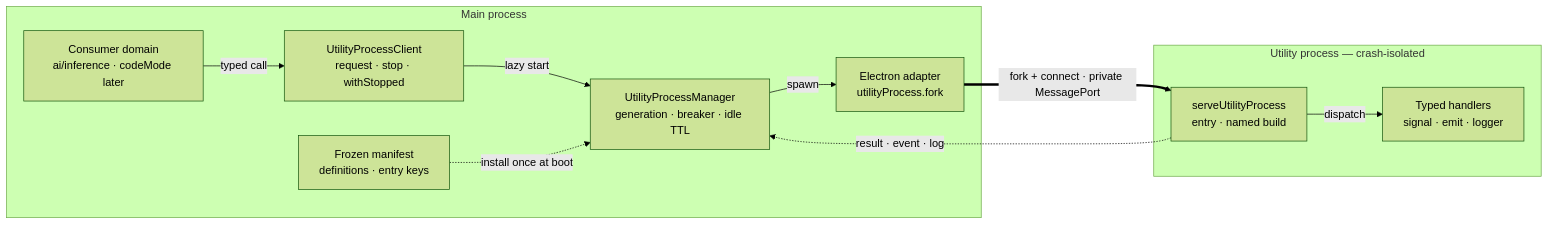
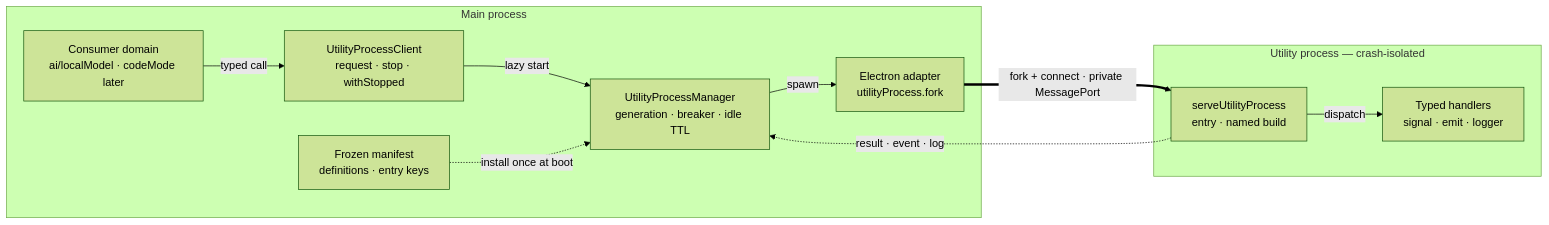
The diagram in docs/references/architecture/utility-process-rfc.md (CherryHQ/cherry-studio), drawn with Mermaid (forest theme) before and after one commit. The commit also changed other lines of this file, not shown here.

First line of the commit message:
docs(utility-process): point the RFC at the moved InferenceServiceBase

````diff
--- a/docs/references/architecture/utility-process-rfc.md
+++ b/docs/references/architecture/utility-process-rfc.md
@@ -154,21 +154,21 @@
 ```mermaid
 flowchart LR
   subgraph MAIN["Main process"]
-    DOM["Consumer domain<br/>ai/inference · codeMode later"]
+    DOM["Consumer domain<br/>ai/localModel · codeMode later"]
     CLIENT["UtilityProcessClient<br/>request · stop · withStopped"]
     MGR["UtilityProcessManager<br/>generation · breaker · idle TTL"]
     ADAPTER["Electron adapter<br/>utilityProcess.fork"]
     MANIFEST["Frozen manifest<br/>definitions · entry keys"]
     DOM -->|typed call| CLIENT
     CLIENT -->|lazy start| MGR
     MGR -->|spawn| ADAPTER
     MANIFEST -.->|install once at boot| MGR
   end
   subgraph CHILD["Utility process — crash-isolated"]
     SERVE["serveUtilityProcess<br/>entry · named build"]
     HANDLERS["Typed handlers<br/>signal · emit · logger"]
     SERVE -->|dispatch| HANDLERS
   end
   ADAPTER ==>|fork + connect · private MessagePort| SERVE
   SERVE -.->|result · event · log| MGR
 ```
````
